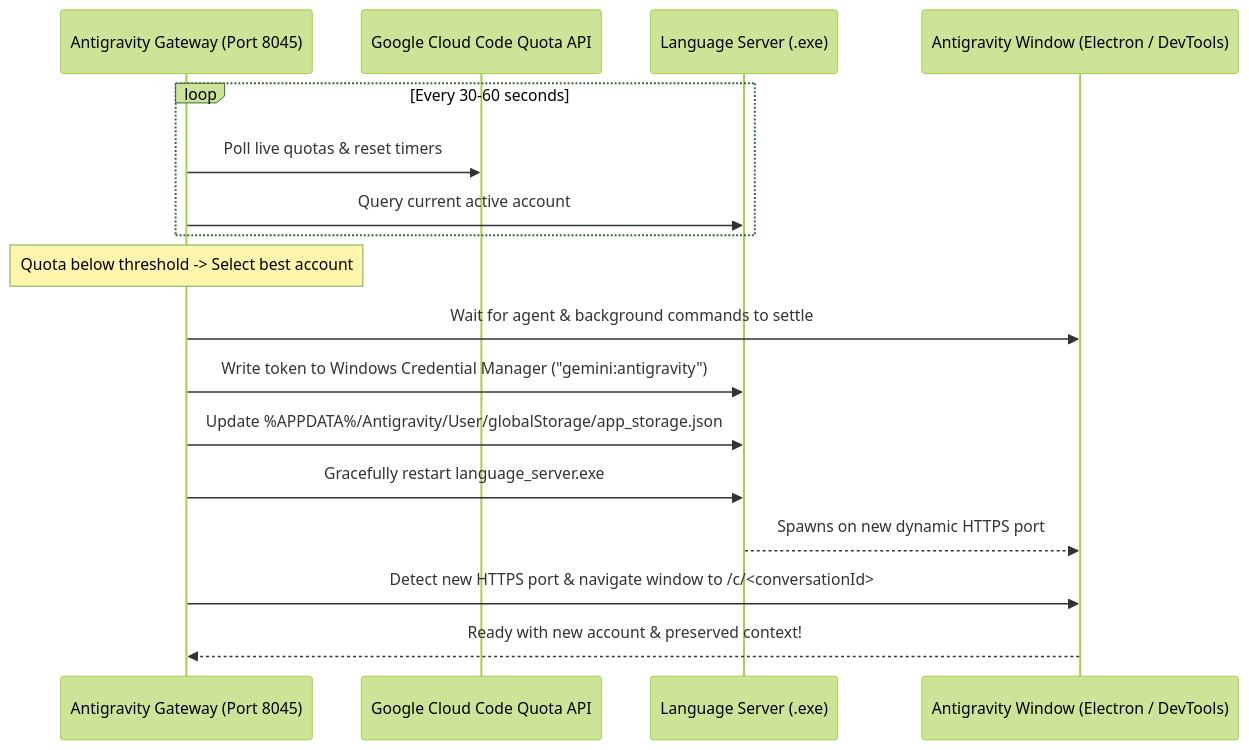
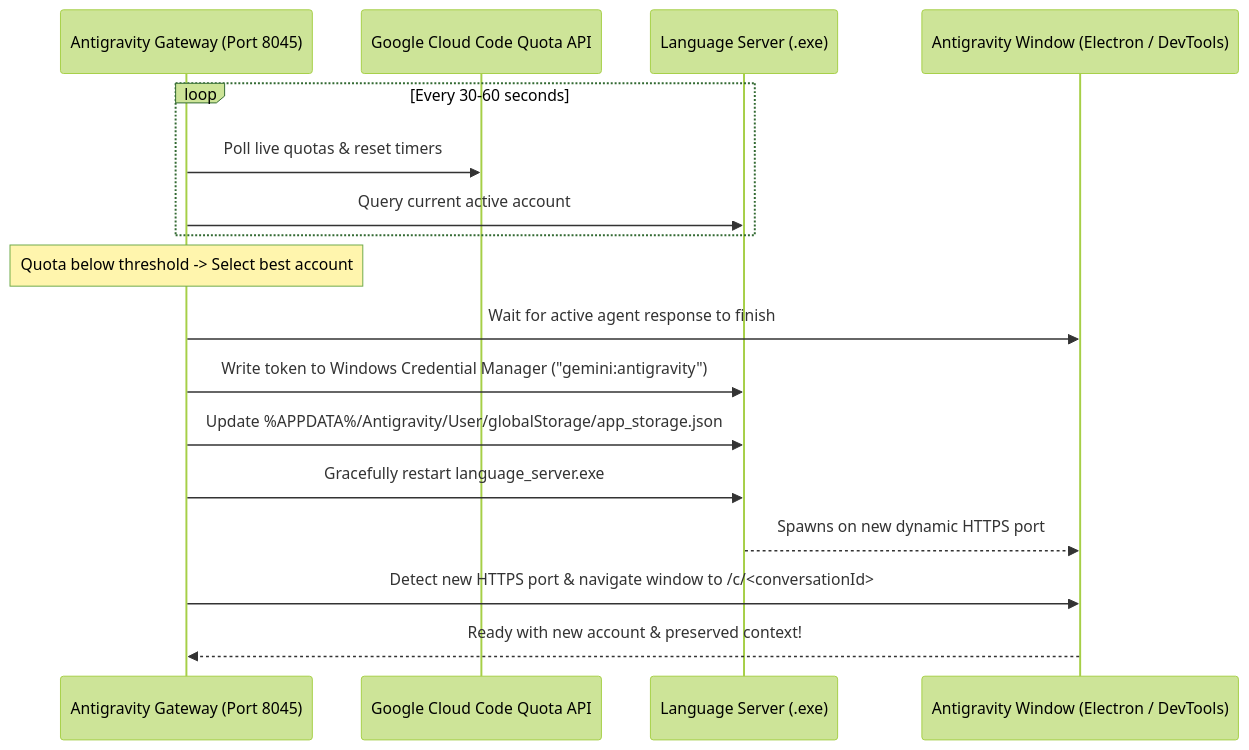
One commit to tahakhorsand/Antigravity-Gateway-for-windows changed the diagram in README.md. Above: the diagram before and after it, drawn with Mermaid (forest theme). The commit also changed other lines of this file and 2 other files, not shown here.

````diff
--- a/README.md
+++ b/README.md
@@ -107,22 +165,22 @@
 ```mermaid
 sequenceDiagram
     participant H as Antigravity Gateway (Port 8045)
     participant G as Google Cloud Code Quota API
     participant LS as Language Server (.exe)
     participant IDE as Antigravity Window (Electron / DevTools)
 
     loop Every 30-60 seconds
         H->>G: Poll live quotas & reset timers
         H->>LS: Query current active account
     end
 
     Note over H: Quota below threshold -> Select best account
 
-    H->>IDE: Wait for agent & background commands to settle
+    H->>IDE: Wait for active agent response to finish
     H->>LS: Write token to Windows Credential Manager ("gemini:antigravity")
     H->>LS: Update %APPDATA%/Antigravity/User/globalStorage/app_storage.json
     H->>LS: Gracefully restart language_server.exe
     LS-->>IDE: Spawns on new dynamic HTTPS port
     H->>IDE: Detect new HTTPS port & navigate window to /c/<conversationId>
     IDE-->>H: Ready with new account & preserved context!
 ```
````
